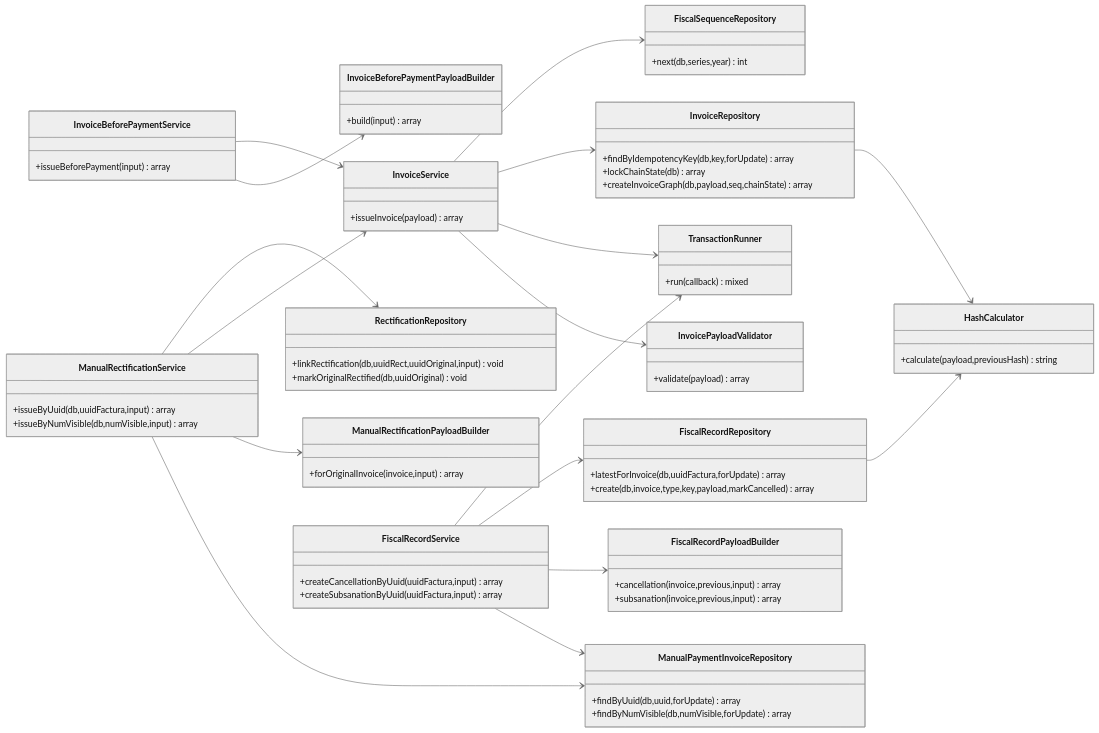
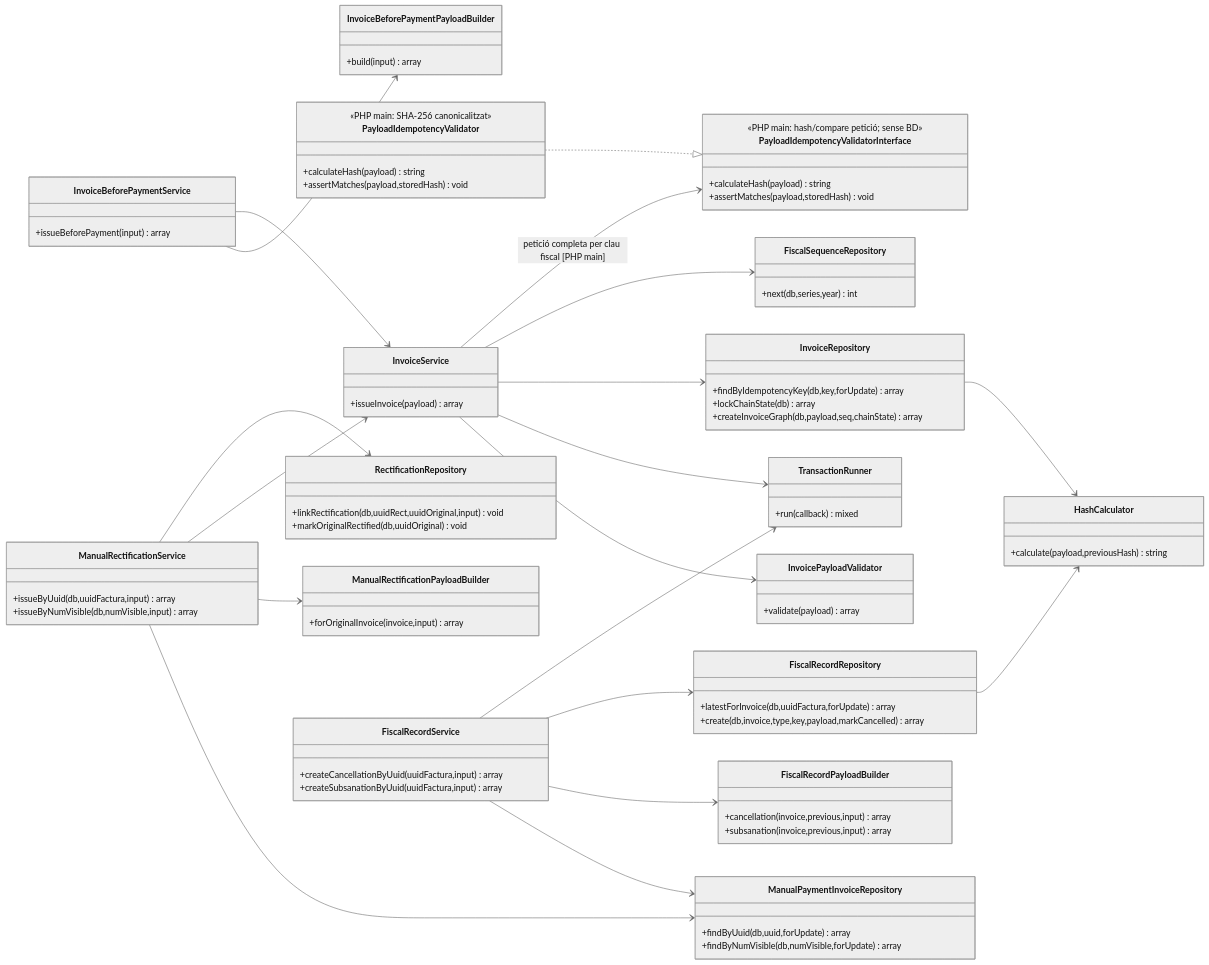
One commit to orgmeriemprismacat-del/verifactu changed the second of 27 diagrams in documentacio/07-uml-integrat/00-model-classes-general.md. Above: the diagram before and after it, drawn with Mermaid (neutral theme). The commit also changed other lines of this file, not shown here.

Commit message:
docs(uml): model general incorpora contracte de hash main i separa idempotència Redsys de fiscal i pagaments

```diff
--- a/documentacio/07-uml-integrat/00-model-classes-general.md
+++ b/documentacio/07-uml-integrat/00-model-classes-general.md
@@ -58,6 +58,17 @@
 class InvoiceService {
  +issueInvoice(payload) array
 }
+class PayloadIdempotencyValidatorInterface {
+ <<PHP main: hash/compare petició; sense BD>>
+ +calculateHash(payload) string
+ +assertMatches(payload,storedHash) void
+}
+class PayloadIdempotencyValidator {
+ <<PHP main: SHA-256 canonicalitzat>>
+ +calculateHash(payload) string
+ +assertMatches(payload,storedHash) void
+}
+PayloadIdempotencyValidator ..|> PayloadIdempotencyValidatorInterface
 class InvoicePayloadValidator {
  +validate(payload) array
 }
@@ -114,6 +125,7 @@
 InvoiceService --> TransactionRunner
 InvoiceService --> InvoiceRepository
 InvoiceService --> FiscalSequenceRepository
+InvoiceService --> PayloadIdempotencyValidatorInterface : petició completa per clau fiscal [PHP main]
 InvoiceRepository --> HashCalculator
 ManualRectificationService --> ManualPaymentInvoiceRepository
 ManualRectificationService --> ManualRectificationPayloadBuilder
```
